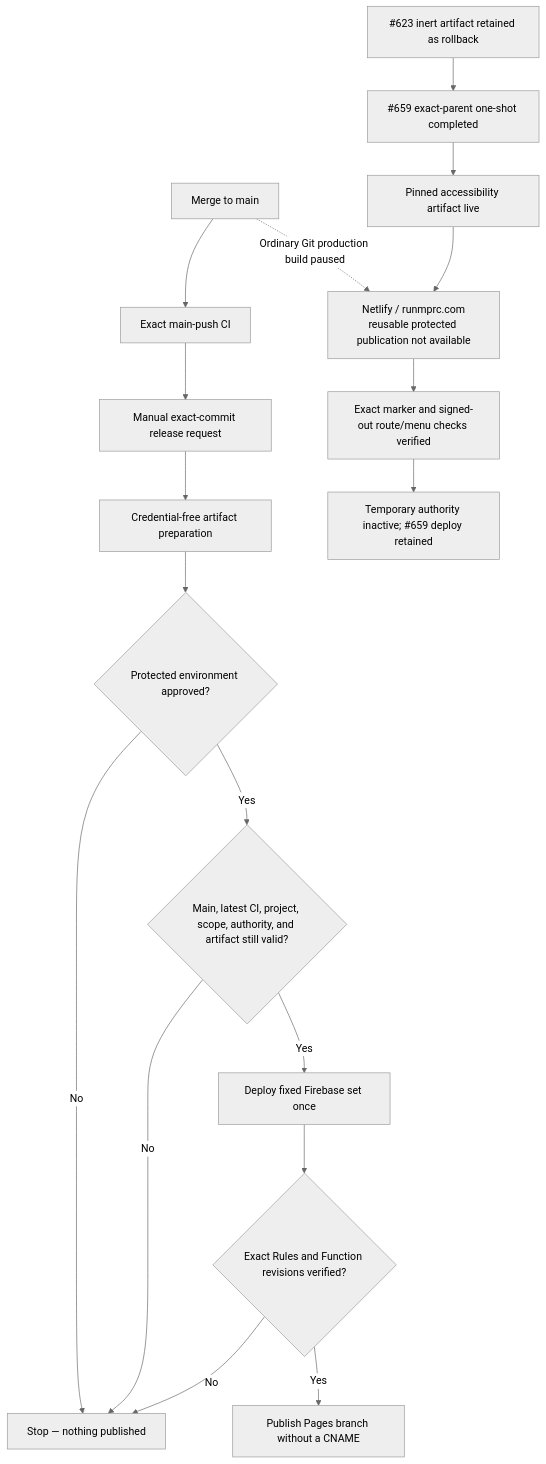
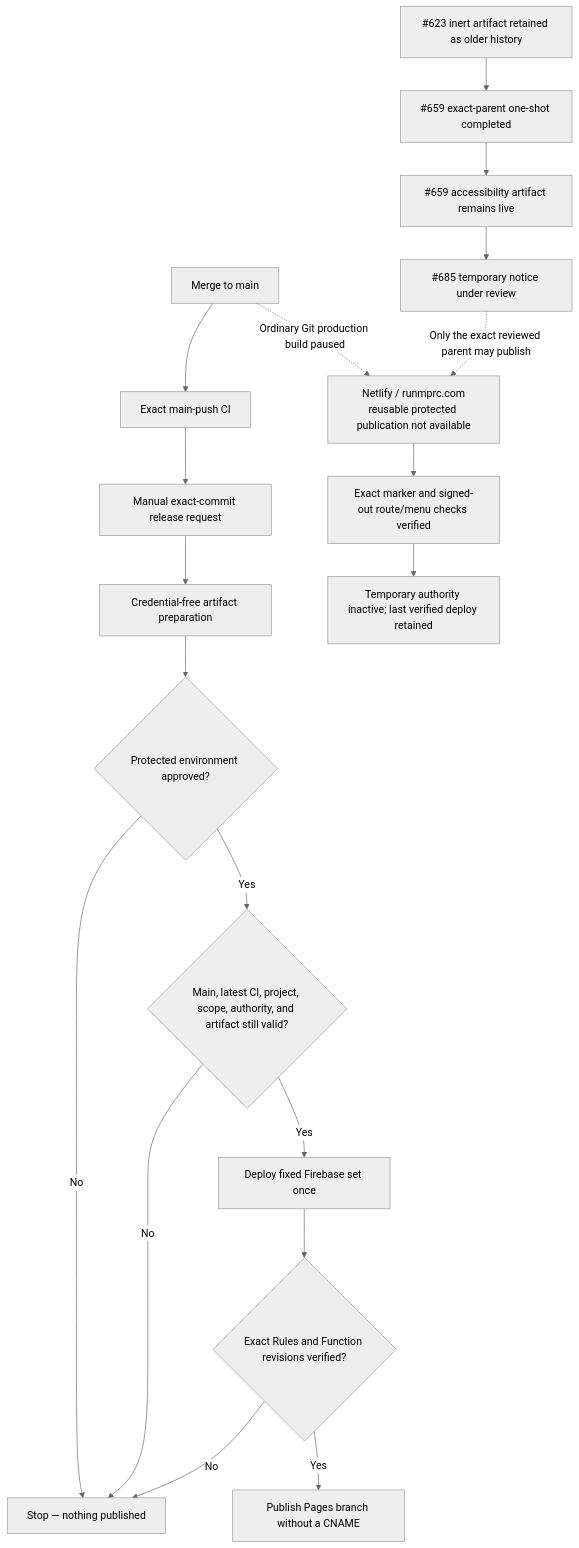
One commit to Run-MPRC/Run-MPRC.github.io changed the second of 55 diagrams in SYSTEM_DESIGN.md. Above: the diagram before and after it, drawn with Mermaid (neutral theme). The commit also changed other lines of this file and 10 other files, not shown here.

Commit message:
WEB-CONTENT-001: arm September meeting notice release

````diff
--- a/SYSTEM_DESIGN.md
+++ b/SYSTEM_DESIGN.md
@@ -110,20 +114,21 @@
 ```mermaid
 flowchart TD
     Merge["Merge to main"] --> CI["Exact main-push CI"]
     CI --> Request["Manual exact-commit release request"]
     Request --> Prepare["Credential-free artifact preparation"]
     Prepare --> Approval{"Protected environment approved?"}
     Approval -- "No" --> Stop["Stop — nothing published"]
     Approval -- "Yes" --> Recheck{"Main, latest CI, project, scope, authority, and artifact still valid?"}
     Recheck -- "No" --> Stop
     Recheck -- "Yes" --> Backend["Deploy fixed Firebase set once"]
     Backend --> Verify{"Exact Rules and Function revisions verified?"}
     Verify -- "No" --> Stop
     Verify -- "Yes" --> Pages["Publish Pages branch without a CNAME"]
     Merge -. "Ordinary Git production build paused" .-> Netlify["Netlify / runmprc.com\nreusable protected publication not available"]
-    Predecessor["#623 inert artifact retained as rollback"] --> Completed["#659 exact-parent one-shot completed"]
-    Completed --> WebOnly["Pinned accessibility artifact live"]
-    WebOnly --> Netlify
+    Predecessor["#623 inert artifact retained as older history"] --> Completed["#659 exact-parent one-shot completed"]
+    Completed --> WebOnly["#659 accessibility artifact remains live"]
+    WebOnly --> Pending["#685 temporary notice under review"]
+    Pending -. "Only the exact reviewed parent may publish" .-> Netlify
     Netlify --> WebReadback["Exact marker and signed-out route/menu checks verified"]
-    WebReadback --> WebRepause["Temporary authority inactive; #659 deploy retained"]
+    WebReadback --> WebRepause["Temporary authority inactive; last verified deploy retained"]
 ```
````
